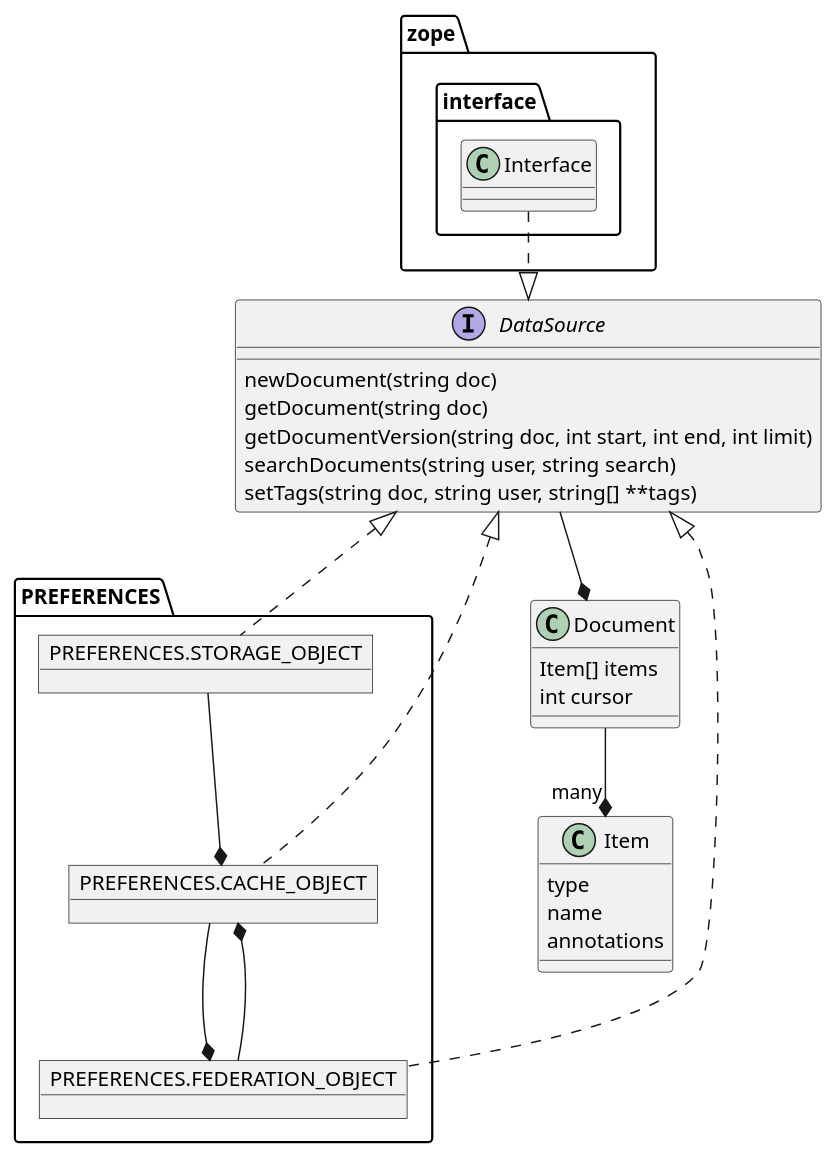
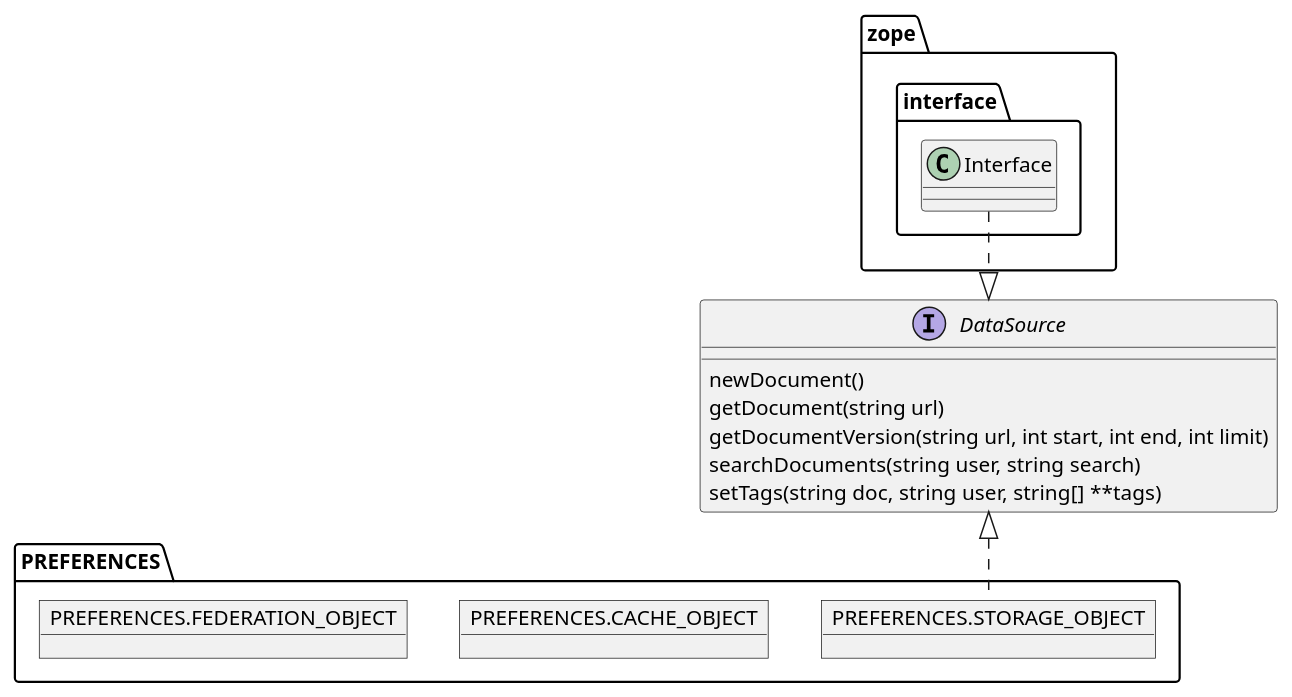
Before and after one commit to pyofwave/PyOfWave: the first of 2 diagrams in docs/server/source/Extending/CoreModule.rst, drawn with PlantUML. The commit also changed other lines of this file and 30 other files, not shown here.

```diff
--- a/docs/server/source/Extending/CoreModule.rst
+++ b/docs/server/source/Extending/CoreModule.rst
@@ -131,29 +9,15 @@
 .. uml::
    interface DataSource
    object PREFERENCES.STORAGE_OBJECT
    object PREFERENCES.CACHE_OBJECT
    object PREFERENCES.FEDERATION_OBJECT
 
    zope.interface.Interface ..|> DataSource
-   DataSource --* Document
-   Document --* "many" Item
 
    DataSource <|.. PREFERENCES.STORAGE_OBJECT
-   DataSource <|.. PREFERENCES.CACHE_OBJECT
-   DataSource <|.. PREFERENCES.FEDERATION_OBJECT
-   PREFERENCES.STORAGE_OBJECT --* PREFERENCES.CACHE_OBJECT
-   PREFERENCES.CACHE_OBJECT --* PREFERENCES.FEDERATION_OBJECT
-   PREFERENCES.FEDERATION_OBJECT --* PREFERENCES.CACHE_OBJECT
 
-   DataSource : newDocument(string doc)
-   DataSource : getDocument(string doc)
-   DataSource : getDocumentVersion(string doc, int start, int end, int limit)
+   DataSource : newDocument()
+   DataSource : getDocument(string url)
+   DataSource : getDocumentVersion(string url, int start, int end, int limit)
    DataSource : searchDocuments(string user, string search)
    DataSource : setTags(string doc, string user, string[] **tags)
-
-   Document : Item[] items
-   Document : int cursor
-
-   Item : type
-   Item : name
-   Item : annotations
```
